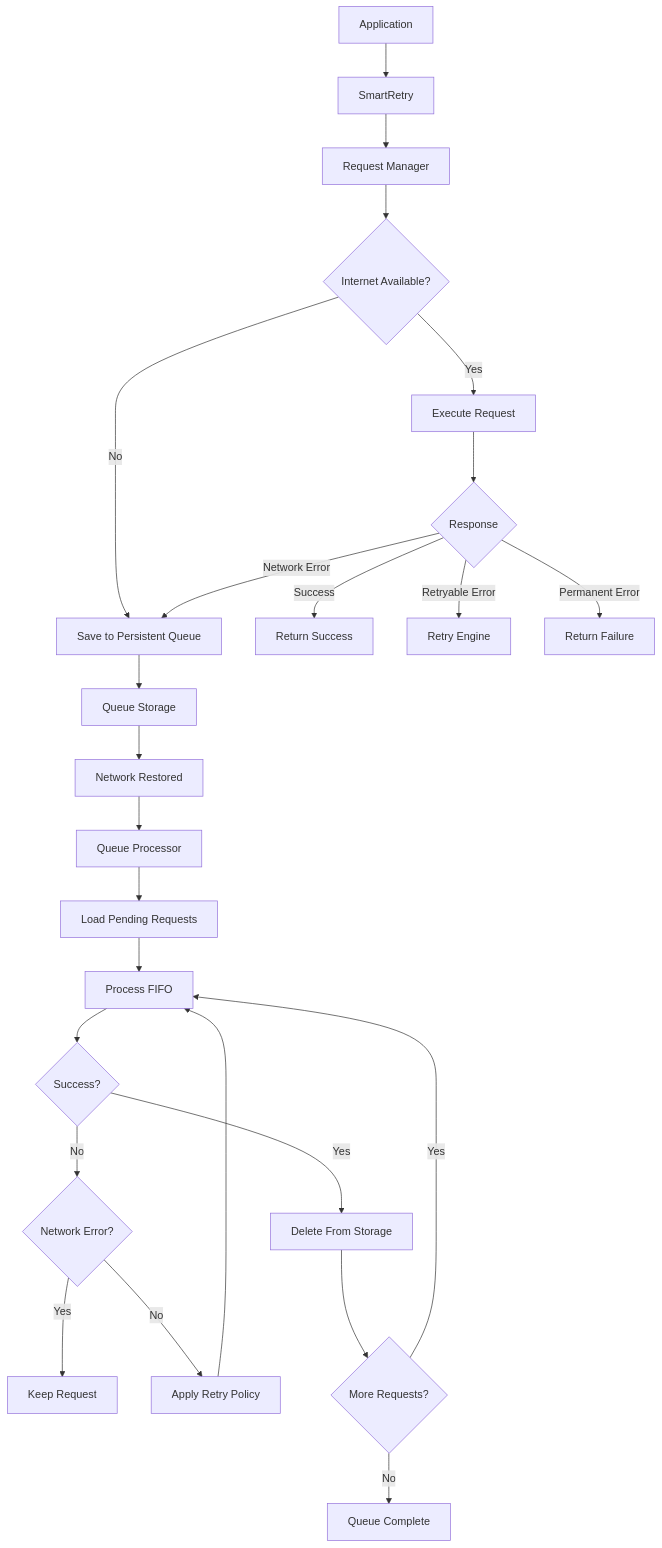
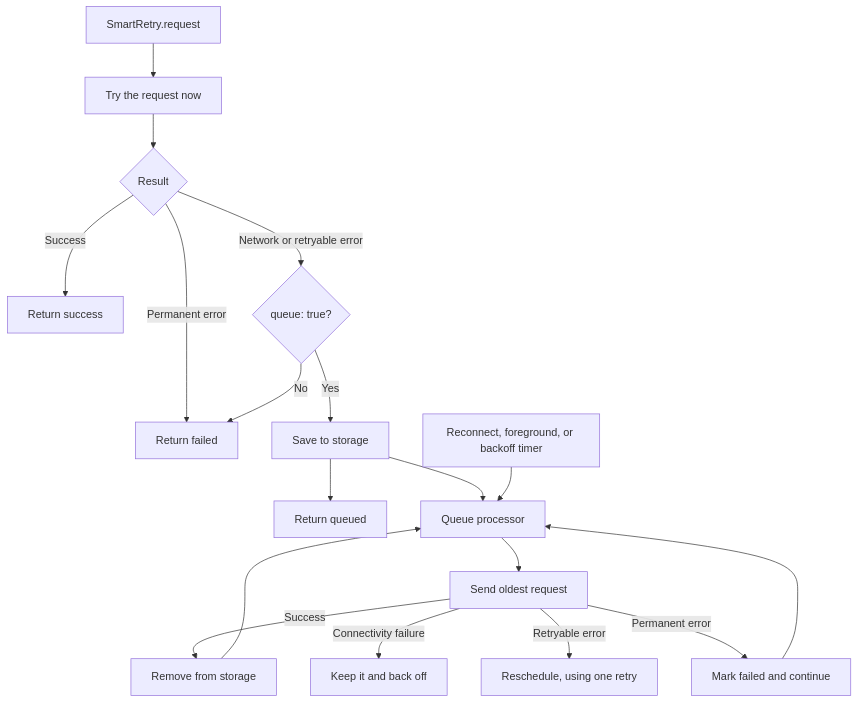
Before and after one commit to adityarajput751/react-native-smart-retry: the diagram in README.md, drawn with Mermaid. The commit also changed other lines of this file and 39 other files, not shown here.

First line of the commit message:
feat: introduce SmartRetry client and queue management

````diff
--- a/README.md
+++ b/README.md
@@ -421,39 +346,20 @@
 ```mermaid
 flowchart TD
-    A[Application] --> B[SmartRetry]
-    B --> C[Request Manager]
-
-    C --> D{Internet Available?}
-
-    D -->|Yes| E[Execute Request]
-    D -->|No| F[Save to Persistent Queue]
-
-    E --> G{Response}
-
-    G -->|Success| H[Return Success]
-    G -->|Network Error| F
-    G -->|Retryable Error| I[Retry Engine]
-    G -->|Permanent Error| J[Return Failure]
-
-    F --> K[Queue Storage]
-
-    K --> L[Network Restored]
-
-    L --> M[Queue Processor]
-
-    M --> N[Load Pending Requests]
-    N --> O[Process FIFO]
-
-    O --> P{Success?}
-
-    P -->|Yes| Q[Delete From Storage]
-    P -->|No| R{Network Error?}
-
-    R -->|Yes| S[Keep Request]
-    R -->|No| T[Apply Retry Policy]
-
-    Q --> U{More Requests?}
-    T --> O
-    U -->|Yes| O
-    U -->|No| V[Queue Complete]
+    A[SmartRetry.request] --> B[Try the request now]
+    B --> C{Result}
+    C -->|Success| D[Return success]
+    C -->|Permanent error| E[Return failed]
+    C -->|Network or retryable error| F{queue: true?}
+    F -->|No| E
+    F -->|Yes| G[Save to storage]
+    G --> H[Return queued]
+    G --> I[Queue processor]
+    J[Reconnect, foreground, or backoff timer] --> I
+    I --> K[Send oldest request]
+    K -->|Success| L[Remove from storage]
+    L --> I
+    K -->|Connectivity failure| M[Keep it and back off]
+    K -->|Retryable error| N[Reschedule, using one retry]
+    K -->|Permanent error| O[Mark failed and continue]
+    O --> I
 ```
````
